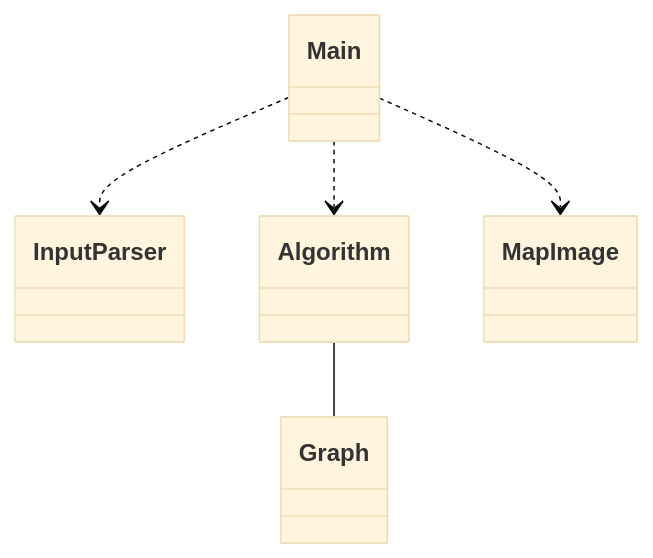
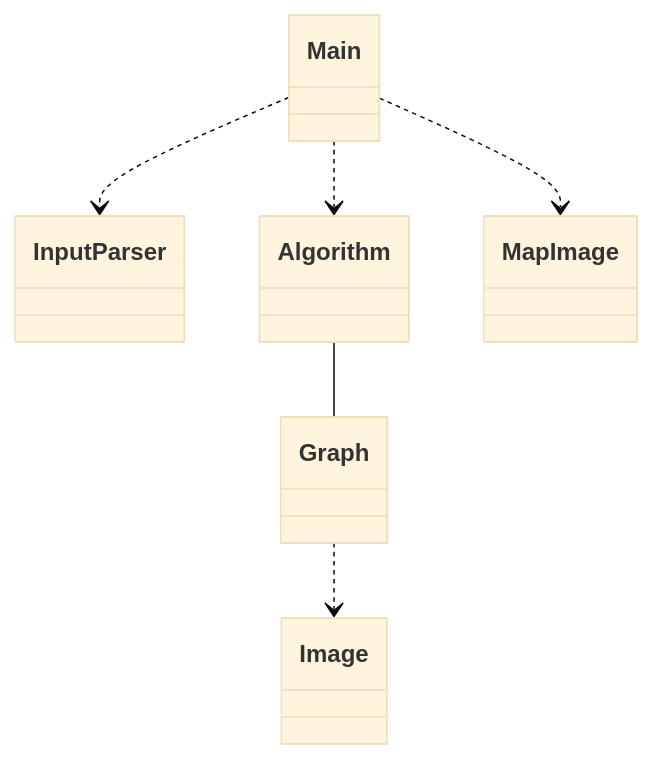
One commit to antonlep/shortest-path changed the diagram in documentation/implementation.md. Above: the diagram before and after it, drawn with Mermaid (base theme).

````diff
--- a/documentation/implementation.md
+++ b/documentation/implementation.md
@@ -3,17 +3,18 @@
 ```mermaid
  classDiagram
       Main ..> InputParser
       Main ..> Algorithm
       Main ..> MapImage
       Algorithm -- Graph
+      Graph ..> Image
       class Main{
       }
       class InputParser{
       }
       class Algorithm{
       }
       class MapImage{
       }
       class Graph{
       }
 ```
````
